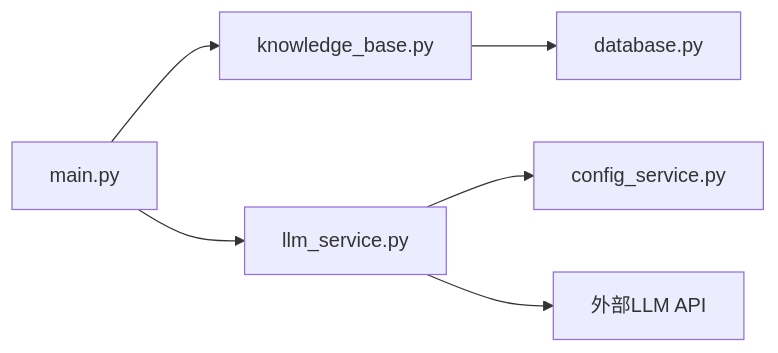
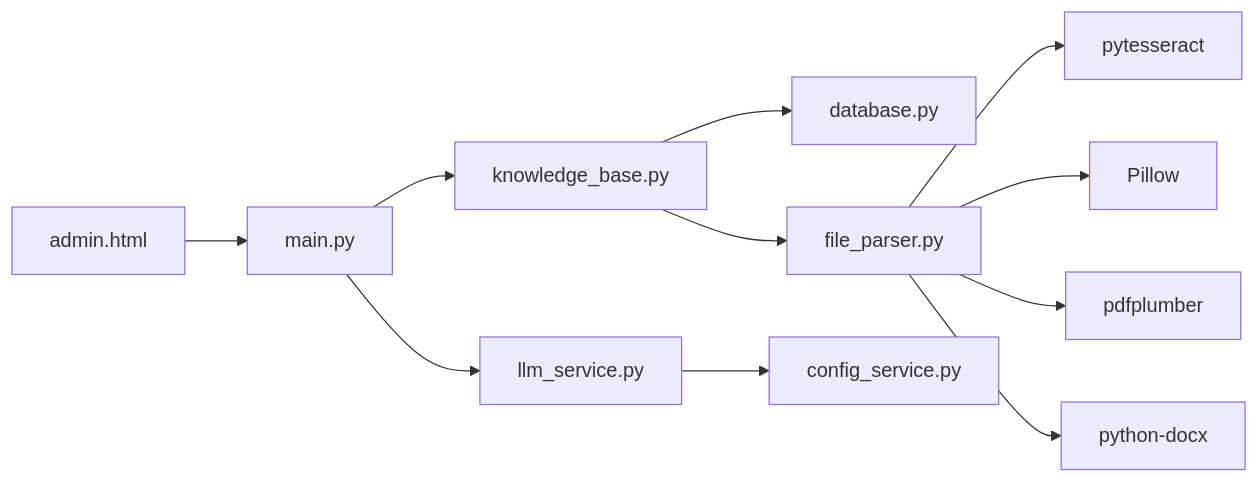
Diagram 11 of 12 in .qoder/repowiki/zh/content/核心模块/知识库模块.md (2950730liao-hub/whatsapp-reply), drawn with Mermaid before and after one commit. The commit also changed other lines of this file and 10 other files, not shown here.

````diff
--- a/.qoder/repowiki/zh/content/核心模块/知识库模块.md
+++ b/.qoder/repowiki/zh/content/核心模块/知识库模块.md
@@ -287,8 +528,13 @@
 ```mermaid
 graph LR
 API["main.py"] --> KB["knowledge_base.py"]
 API --> LLM["llm_service.py"]
 KB --> DB["database.py"]
+KB --> FP["file_parser.py"]
 LLM --> CFG["config_service.py"]
-LLM --> EXT["外部LLM API"]
+ADMIN["admin.html"] --> API
+FP --> TESSERACT["pytesseract"]
+FP --> PIL["Pillow"]
+FP --> PDFPLUMBER["pdfplumber"]
+FP --> DOCX["python-docx"]
 ```
````
